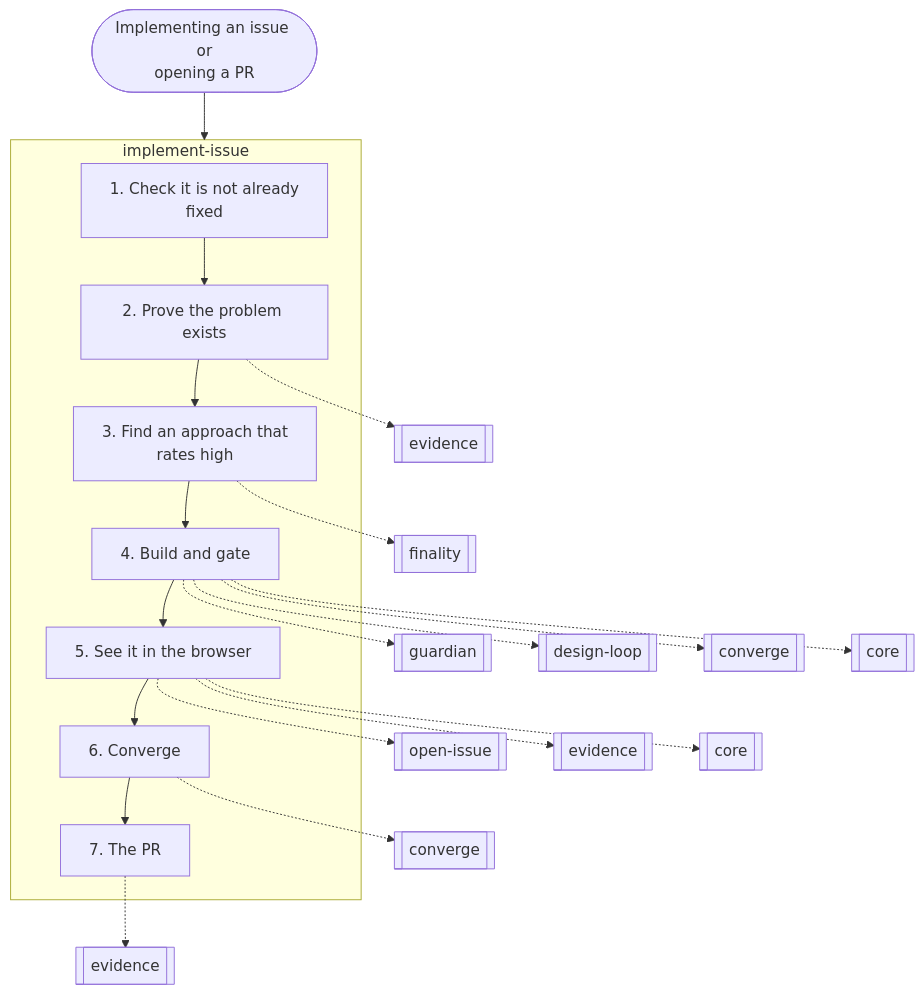
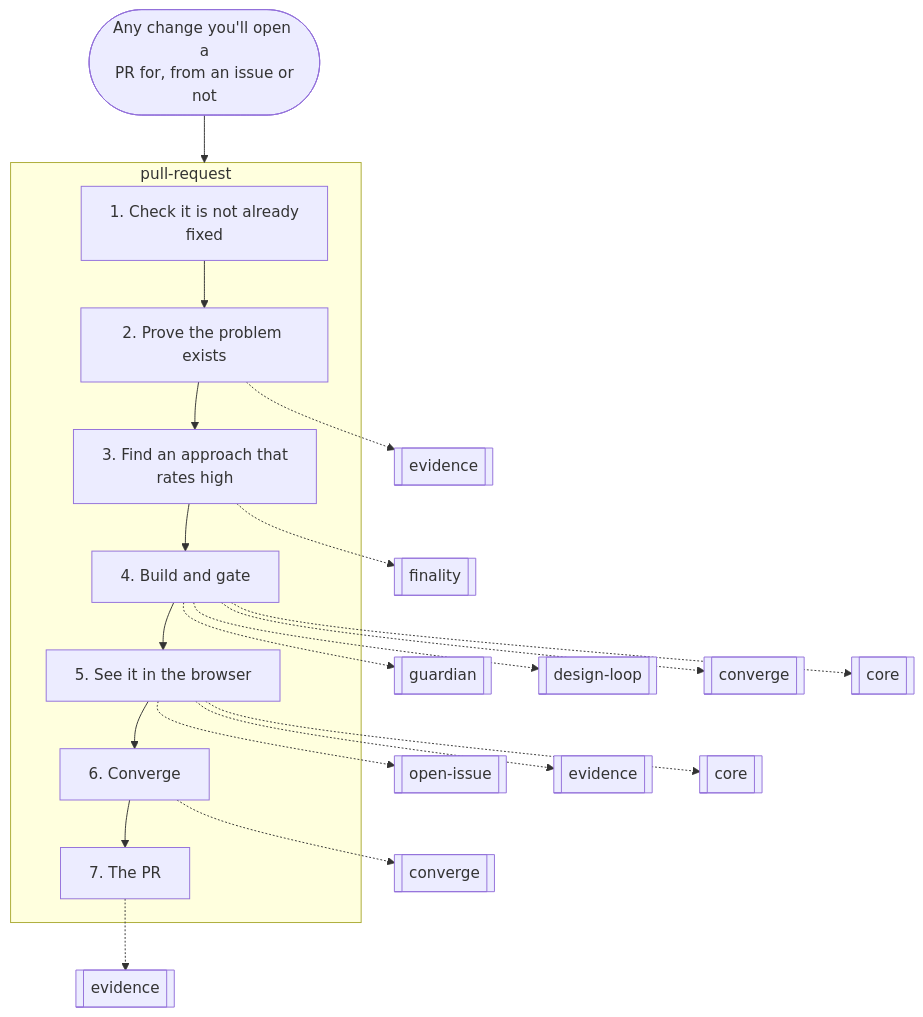
One commit to nitedani/mergeworthy changed the sixth of 16 diagrams in docs/graphs.md. Above: the diagram before and after it, drawn with Mermaid. The commit also changed other lines of this file and 10 other files, not shown here.

Commit message:
Rename implement-issue to pull-request: any change to a merge-ready PR; open one only when it blocks something you ship

````diff
--- a/docs/graphs.md
+++ b/docs/graphs.md
@@ -176,31 +176,31 @@
 ```mermaid
 flowchart TB
-  start(["Implementing an issue or<br/>opening a PR"])
-  subgraph g0["implement-issue"]
+  start(["Any change you'll open a<br/>PR for, from an issue or<br/>not"])
+  subgraph g0["pull-request"]
     s0["1. Check it is not already<br/>fixed"]
     s1["2. Prove the problem exists"]
     s0 --> s1
     s2["3. Find an approach that<br/>rates high"]
     s1 --> s2
     s3["4. Build and gate"]
     s2 --> s3
     s4["5. See it in the browser"]
     s3 --> s4
     s5["6. Converge"]
     s4 --> s5
     s6["7. The PR"]
     s5 --> s6
   end
   s1 -.-> r1[["evidence"]]
   s2 -.-> r2[["finality"]]
   s3 -.-> r3[["guardian"]]
   s3 -.-> r4[["design-loop"]]
   s3 -.-> r5[["converge"]]
   s3 -.-> r6[["core"]]
   s4 -.-> r7[["open-issue"]]
   s4 -.-> r8[["evidence"]]
   s4 -.-> r9[["core"]]
   s5 -.-> r10[["converge"]]
   s6 -.-> r11[["evidence"]]
   start --> g0
 ```
````
